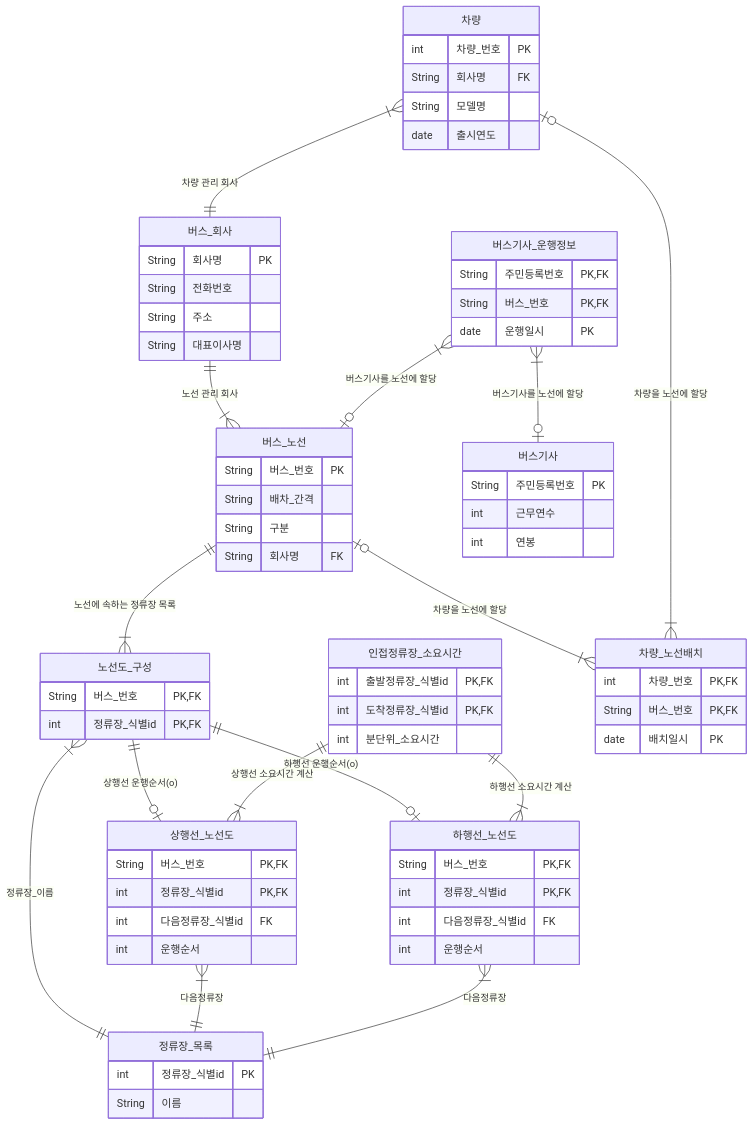
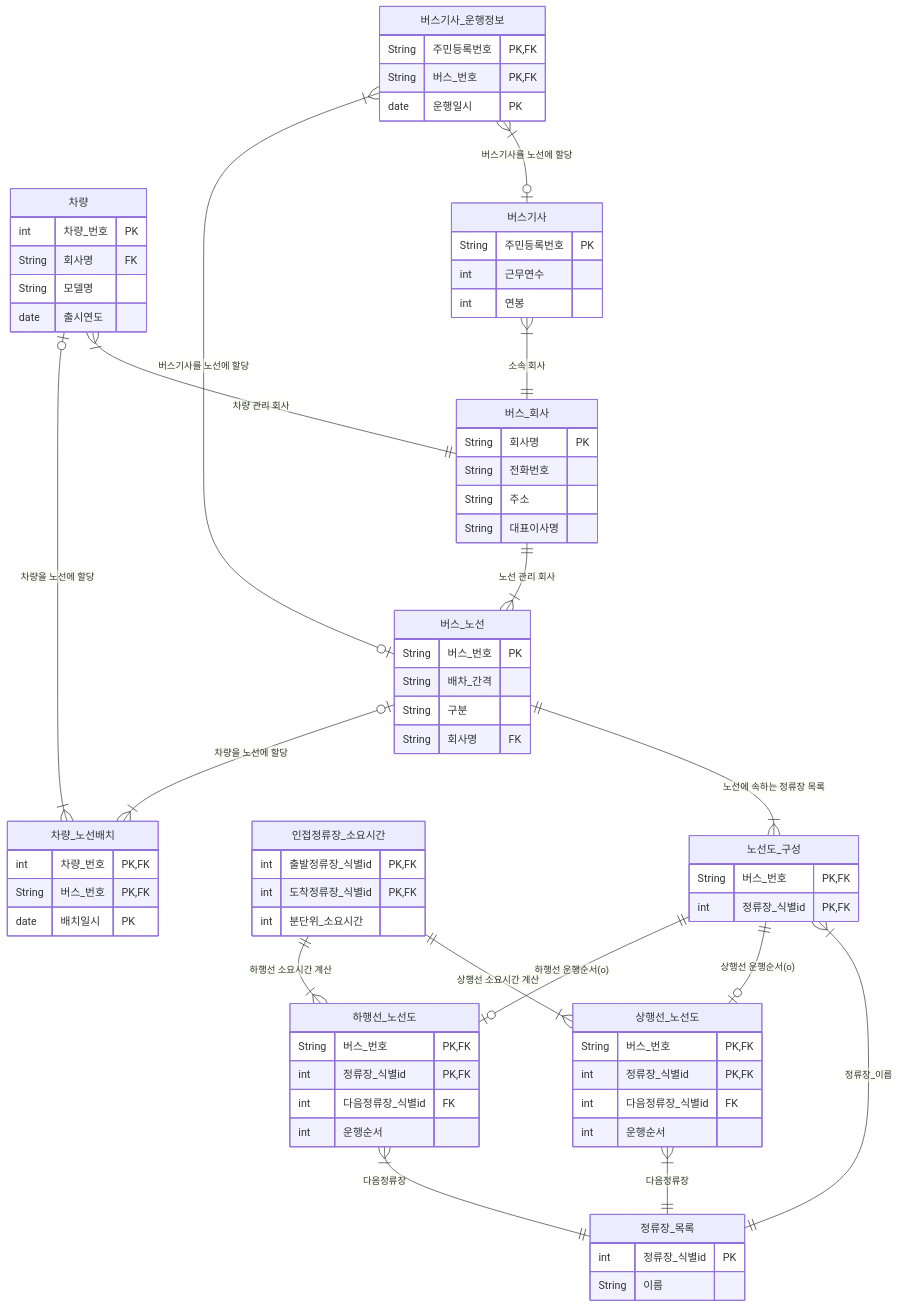
The second of 2 diagrams in README.md (zerojun040329-eng/test-260401), drawn with Mermaid before and after one commit.

````diff
--- a/README.md
+++ b/README.md
@@ -66,76 +66,77 @@
 ```mermaid
 erDiagram
   버스_노선 {
     String 버스_번호 PK
     String 배차_간격 
     String 구분
     String 회사명 FK
   }
   정류장_목록 {
     int 정류장_식별id PK
     String 이름
   }
   노선도_구성 {
     String 버스_번호 PK, FK
     int 정류장_식별id PK, FK
   }
   상행선_노선도 {
     String 버스_번호 PK, FK
     int 정류장_식별id PK, FK
     int 다음정류장_식별id FK
     int 운행순서
   }
   하행선_노선도 {
     String 버스_번호 PK, FK
     int 정류장_식별id PK, FK
     int 다음정류장_식별id FK
     int 운행순서
   }
   인접정류장_소요시간 {
     int 출발정류장_식별id PK, FK
     int 도착정류장_식별id PK, FK
     int 분단위_소요시간
   }
   버스_회사 {
     String 회사명 PK
     String 전화번호
     String 주소
     String 대표이사명
   }
   차량 {
     int 차량_번호 PK
     String 회사명 FK
     String 모델명
     date 출시연도
   }
   차량_노선배치 {
     int 차량_번호 PK, FK
     String 버스_번호 PK, FK
     date 배치일시 PK
   }
   버스기사 {
     String 주민등록번호 PK
     int 근무연수
     int 연봉
   }
   버스기사_운행정보 {
     String 주민등록번호 PK, FK
     String 버스_번호 PK, FK
     date 운행일시 PK
   }
 
   버스_회사 ||--|{ 버스_노선 : "노선 관리 회사"
   차량 |{--|| 버스_회사 : "차량 관리 회사"
   버스_노선 ||--|{ 노선도_구성 : "노선에 속하는 정류장 목록"
   노선도_구성 |{--|| 정류장_목록 : "정류장_이름"
   노선도_구성 ||--o| 상행선_노선도 : "상행선 운행순서(o)"
   노선도_구성 ||--o| 하행선_노선도 : "하행선 운행순서(o)"
   상행선_노선도 |{--|| 정류장_목록 : "다음정류장"
   하행선_노선도 |{--|| 정류장_목록 : "다음정류장"
   인접정류장_소요시간 ||--|{ 상행선_노선도 : "상행선 소요시간 계산"
   인접정류장_소요시간 ||--|{ 하행선_노선도 : "하행선 소요시간 계산"
   버스기사_운행정보 |{--o| 버스기사 : "버스기사를 노선에 할당"
   버스기사_운행정보 |{--o| 버스_노선 : "버스기사를 노선에 할당"
   버스_노선 o|--|{ 차량_노선배치 : "차량을 노선에 할당"
   차량 o|--|{ 차량_노선배치 : "차량을 노선에 할당"
+  버스기사 |{--|| 버스_회사 : "소속 회사"
 ```
````
